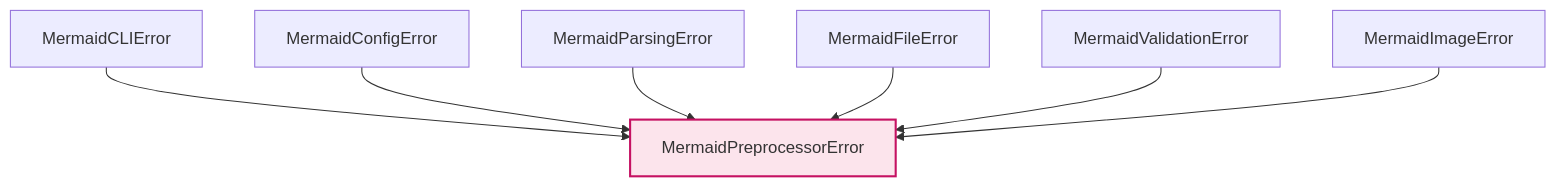
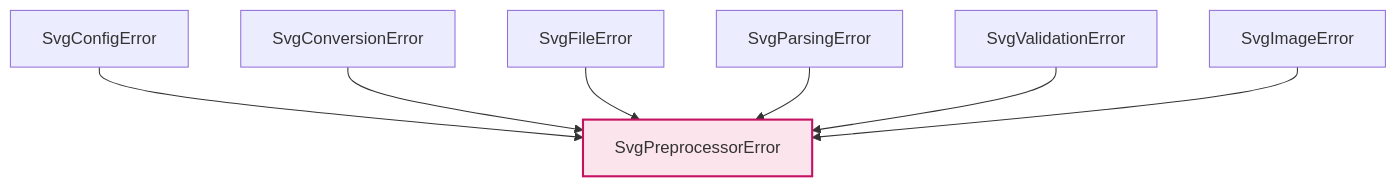
The seventh of 7 diagrams in docs/architecture.md (nuitsjp/mkdocs-svg-to-png), drawn with Mermaid before and after one commit. The commit also changed other lines of this file and 34 other files, not shown here.

First line of the commit message:
refactor: SVG to PNG変換機能の完全実装とMermaidからの移行完了

````diff
--- a/docs/architecture.md
+++ b/docs/architecture.md
@@ -421,12 +398,12 @@
 ```mermaid
 graph TD
-    A[MermaidPreprocessorError]
-    B[MermaidCLIError] --> A
-    C[MermaidConfigError] --> A
-    D[MermaidParsingError] --> A
-    E[MermaidFileError] --> A
-    F[MermaidValidationError] --> A
-    G[MermaidImageError] --> A
+    A[SvgPreprocessorError]
+    B[SvgConfigError] --> A
+    C[SvgConversionError] --> A
+    D[SvgFileError] --> A
+    E[SvgParsingError] --> A
+    F[SvgValidationError] --> A
+    G[SvgImageError] --> A
 
     style A fill:#fce4ec,stroke:#c51162,stroke-width:2px
 ```
````
